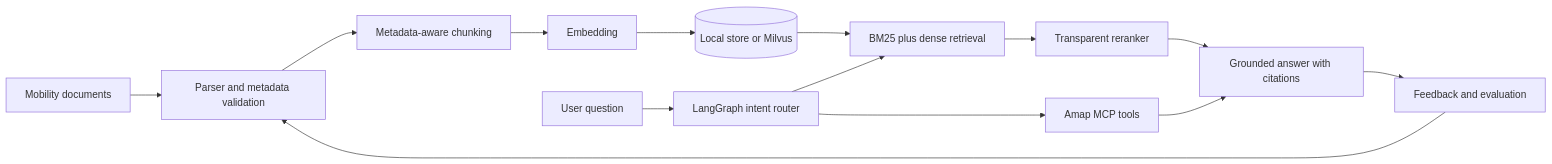
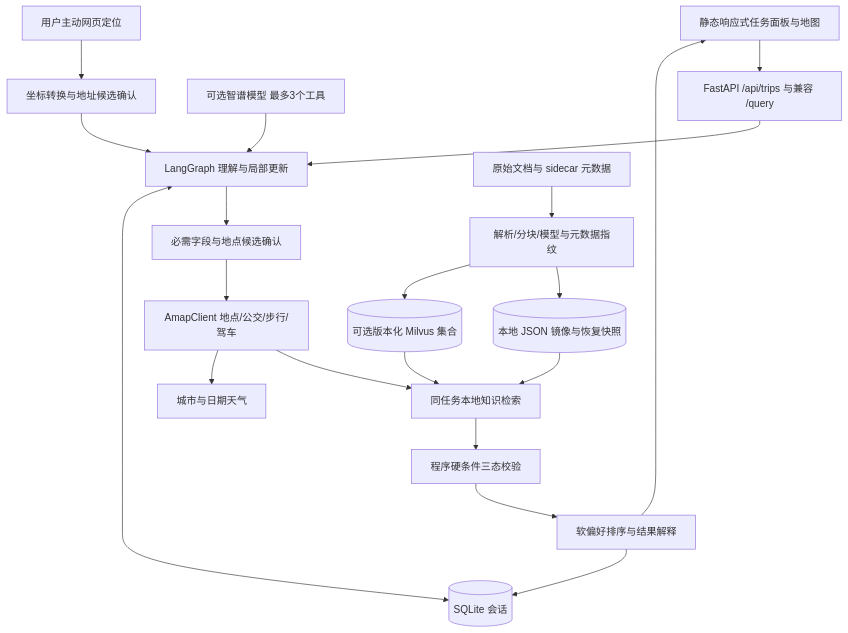
Before and after one commit to icY-Arixx/PathCue: the diagram in docs/architecture.md, drawn with Mermaid. The commit also changed other lines of this file and 79 other files, not shown here.

````diff
--- a/docs/architecture.md
+++ b/docs/architecture.md
@@ -5,16 +3,22 @@
 ```mermaid
-flowchart LR
-    A[Mobility documents] --> B[Parser and metadata validation]
-    B --> C[Metadata-aware chunking]
-    C --> D[Embedding]
-    D --> E[(Local store or Milvus)]
-    Q[User question] --> R[LangGraph intent router]
-    R --> H[BM25 plus dense retrieval]
-    E --> H
-    H --> K[Transparent reranker]
-    K --> G[Grounded answer with citations]
-    R --> M[Amap MCP tools]
-    M --> G
-    G --> F[Feedback and evaluation]
-    F --> B
+flowchart TD
+    UI[静态响应式任务面板与地图] --> API[FastAPI /api/trips 与兼容 /query]
+    API --> U[LangGraph 理解与局部更新]
+    LLM[可选智谱模型 最多3个工具] --> U
+    GEO[用户主动网页定位] --> LOC[坐标转换与地址候选确认]
+    LOC --> U
+    DB[(SQLite 会话)] <--> U
+    U --> C[必需字段与地点候选确认]
+    C --> M[AmapClient 地点/公交/步行/驾车]
+    M --> R[同任务本地知识检索]
+    M --> W[城市与日期天气]
+    R --> V[程序硬条件三态校验]
+    V --> S[软偏好排序与结果解释]
+    S --> DB
+    S --> UI
+    KB[原始文档与 sidecar 元数据] --> IDX[解析/分块/模型与元数据指纹]
+    IDX --> LOCAL[(本地 JSON 镜像与恢复快照)]
+    IDX --> MILVUS[(可选版本化 Milvus 集合)]
+    LOCAL --> R
+    MILVUS --> R
 ```
````
